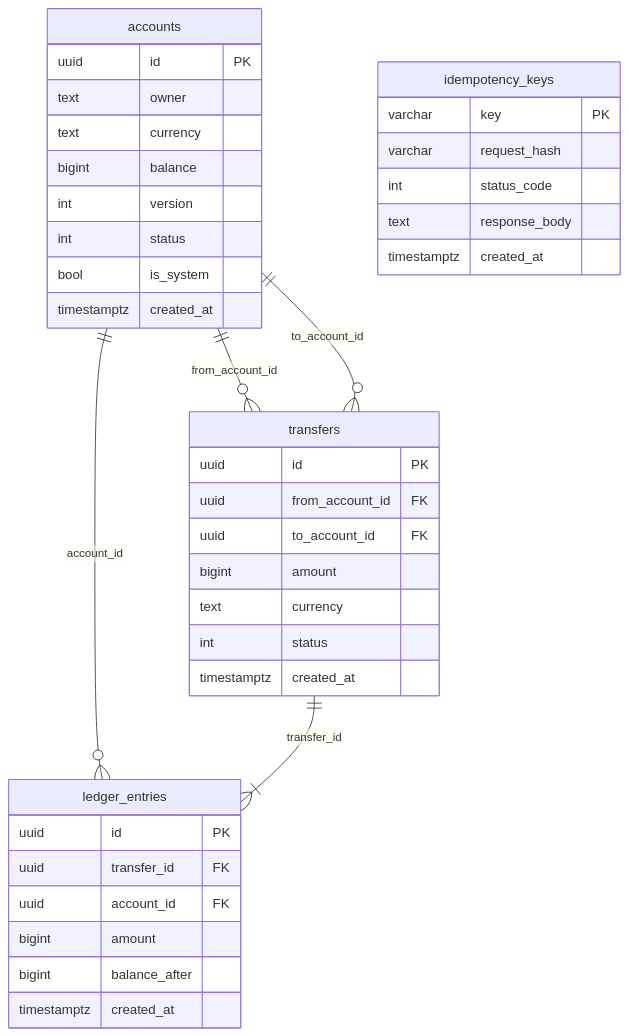
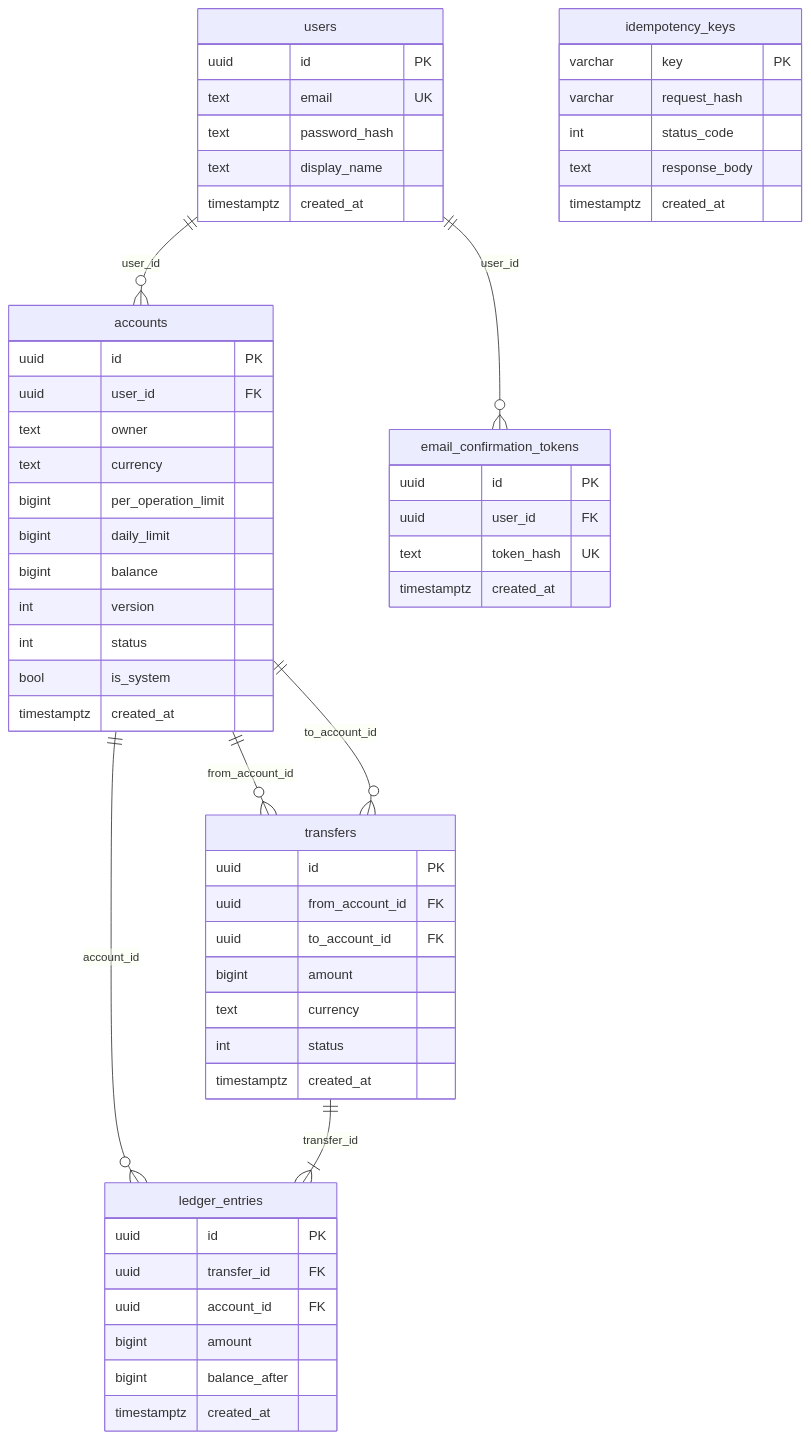
One commit to Eksailed/MiniBank changed the diagram in README.md. Above: the diagram before and after it, drawn with Mermaid. The commit also changed other lines of this file, not shown here.

````diff
--- a/README.md
+++ b/README.md
@@ -123,42 +152,60 @@
 ```mermaid
 erDiagram
+    users ||--o{ accounts : "user_id"
+    users ||--o{ email_confirmation_tokens : "user_id"
     accounts ||--o{ transfers : "from_account_id"
     accounts ||--o{ transfers : "to_account_id"
     accounts ||--o{ ledger_entries : "account_id"
     transfers ||--|{ ledger_entries : "transfer_id"
 
+    users {
+        uuid id PK
+        text email UK
+        text password_hash
+        text display_name
+        timestamptz created_at
+    }
+    email_confirmation_tokens {
+        uuid id PK
+        uuid user_id FK
+        text token_hash UK
+        timestamptz created_at
+    }
     accounts {
         uuid id PK
+        uuid user_id FK
         text owner
         text currency
+        bigint per_operation_limit
+        bigint daily_limit
         bigint balance
         int version
         int status
         bool is_system
         timestamptz created_at
     }
     transfers {
         uuid id PK
         uuid from_account_id FK
         uuid to_account_id FK
         bigint amount
         text currency
         int status
         timestamptz created_at
     }
     ledger_entries {
         uuid id PK
         uuid transfer_id FK
         uuid account_id FK
         bigint amount
         bigint balance_after
         timestamptz created_at
     }
     idempotency_keys {
         varchar key PK
         varchar request_hash
         int status_code
         text response_body
         timestamptz created_at
     }
 ```
````
